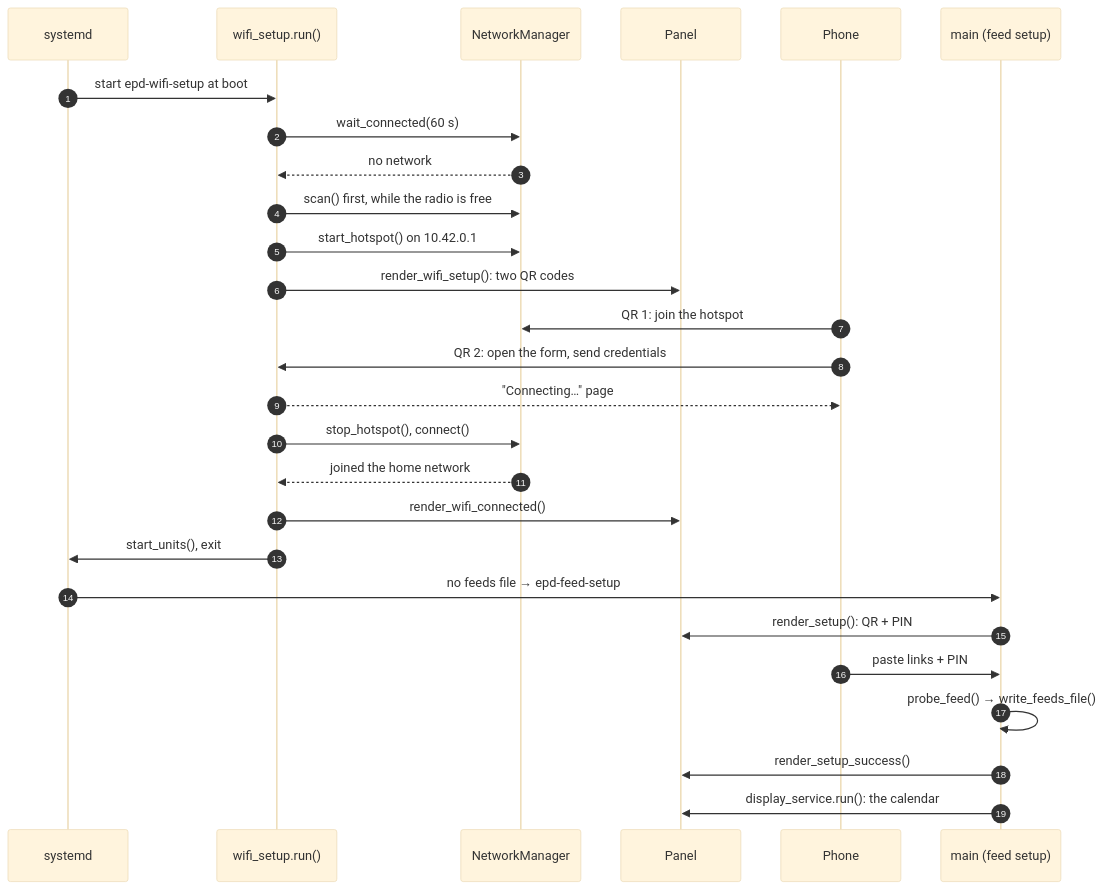
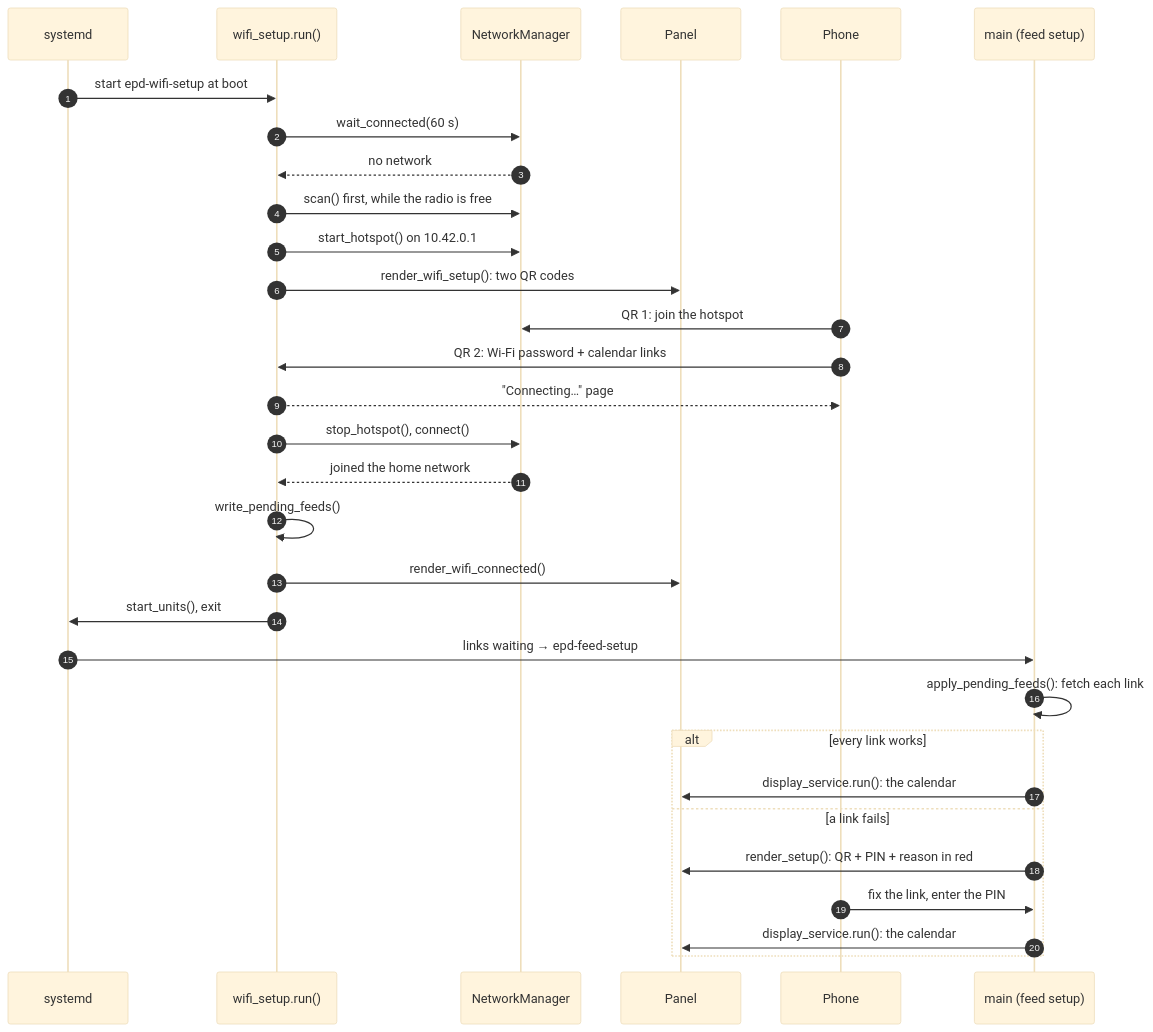
The fourth of 6 diagrams in docs/ARCHITECTURE.md (ShengKai234/google-calendar-api), drawn with Mermaid (base theme) before and after one commit. The commit also changed other lines of this file and 5 other files, not shown here.

````diff
--- a/docs/ARCHITECTURE.md
+++ b/docs/ARCHITECTURE.md
@@ -162,29 +170,33 @@
 ```mermaid
 sequenceDiagram
   autonumber
   participant SD as systemd
   participant W as wifi_setup.run()
   participant NM as NetworkManager
   participant P as Panel
   participant PH as Phone
   participant M as main (feed setup)
   SD->>W: start epd-wifi-setup at boot
   W->>NM: wait_connected(60 s)
   NM-->>W: no network
   W->>NM: scan() first, while the radio is free
   W->>NM: start_hotspot() on 10.42.0.1
   W->>P: render_wifi_setup(): two QR codes
   PH->>NM: QR 1: join the hotspot
-  PH->>W: QR 2: open the form, send credentials
+  PH->>W: QR 2: Wi-Fi password + calendar links
   W-->>PH: "Connecting…" page
   W->>NM: stop_hotspot(), connect()
   NM-->>W: joined the home network
+  W->>W: write_pending_feeds()
   W->>P: render_wifi_connected()
   W->>SD: start_units(), exit
-  SD->>M: no feeds file → epd-feed-setup
-  M->>P: render_setup(): QR + PIN
-  PH->>M: paste links + PIN
-  M->>M: probe_feed() → write_feeds_file()
-  M->>P: render_setup_success()
-  M->>P: display_service.run(): the calendar
+  SD->>M: links waiting → epd-feed-setup
+  M->>M: apply_pending_feeds(): fetch each link
+  alt every link works
+    M->>P: display_service.run(): the calendar
+  else a link fails
+    M->>P: render_setup(): QR + PIN + reason in red
+    PH->>M: fix the link, enter the PIN
+    M->>P: display_service.run(): the calendar
+  end
 ```
````
